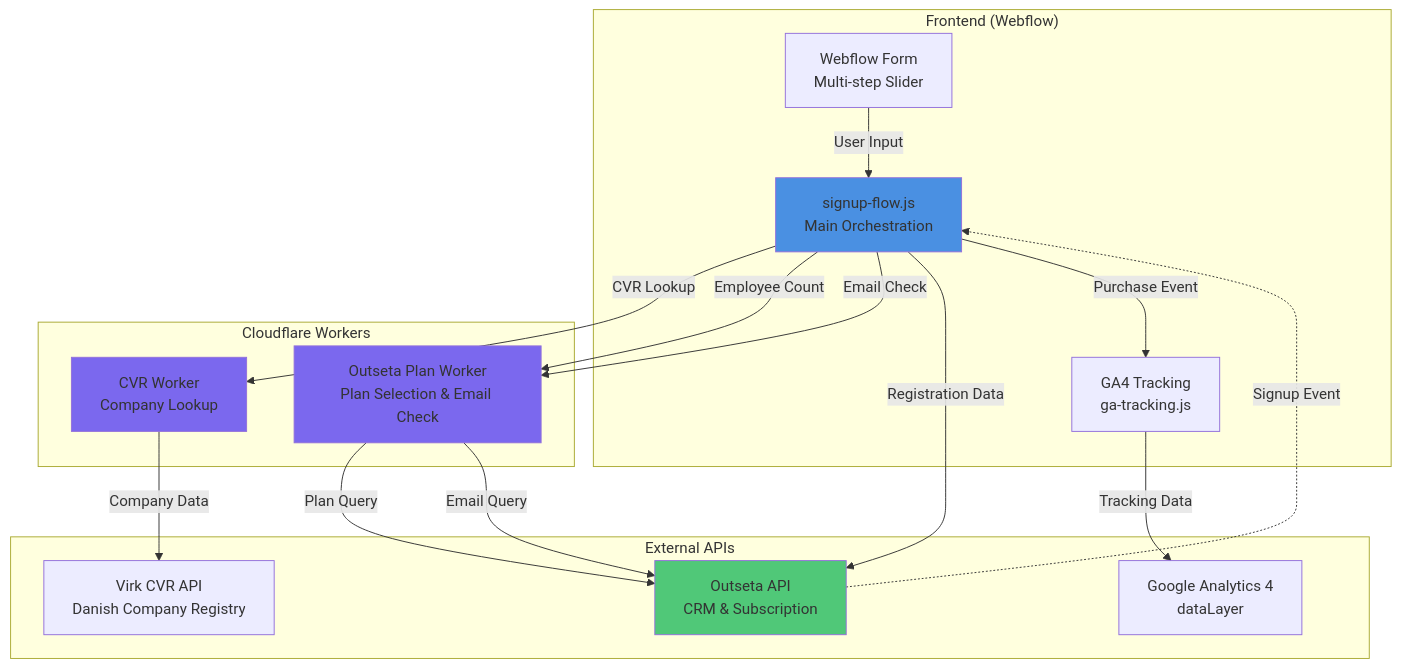
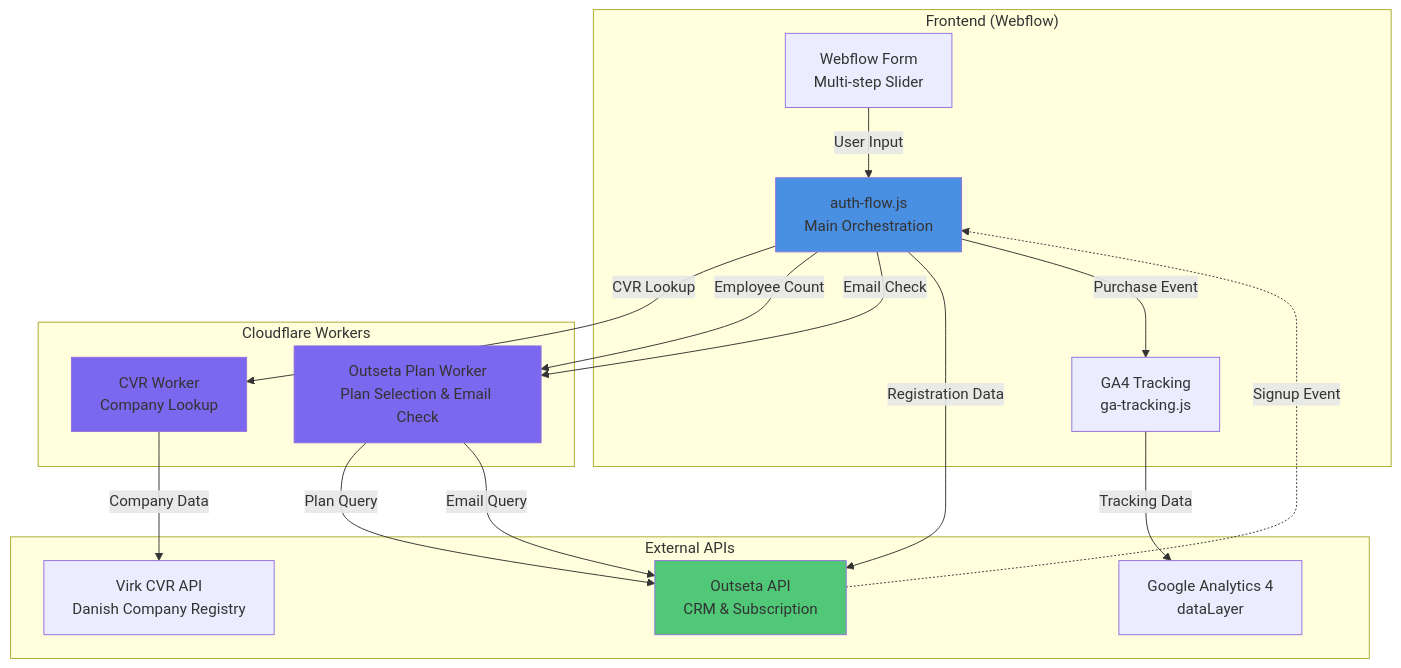
Before and after one commit to Anvisninger/signup-flow: the first of 3 diagrams in README.md, drawn with Mermaid. The commit also changed 10 other files, not shown here.

Commit message:
refactor: rename to auth-flow and isolate login package

````diff
--- a/README.md
+++ b/README.md
@@ -5,38 +5,38 @@
 ```mermaid
 graph TB
     subgraph "Frontend (Webflow)"
         WF[Webflow Form<br/>Multi-step Slider]
-        JS[signup-flow.js<br/>Main Orchestration]
+        JS[auth-flow.js<br/>Main Orchestration]
         GA[GA4 Tracking<br/>ga-tracking.js]
     end
     
     subgraph "Cloudflare Workers"
         CVR[CVR Worker<br/>Company Lookup]
         PLAN[Outseta Plan Worker<br/>Plan Selection & Email Check]
     end
     
     subgraph "External APIs"
         CVRAPI[Virk CVR API<br/>Danish Company Registry]
         OUTSETA[Outseta API<br/>CRM & Subscription]
         GA4[Google Analytics 4<br/>dataLayer]
     end
     
     WF -->|User Input| JS
     JS -->|CVR Lookup| CVR
     JS -->|Employee Count| PLAN
     JS -->|Email Check| PLAN
     JS -->|Registration Data| OUTSETA
     JS -->|Purchase Event| GA
     
     CVR -->|Company Data| CVRAPI
     PLAN -->|Plan Query| OUTSETA
     PLAN -->|Email Query| OUTSETA
     GA -->|Tracking Data| GA4
     
     OUTSETA -.->|Signup Event| JS
     
     style JS fill:#4A90E2
     style CVR fill:#7B68EE
     style PLAN fill:#7B68EE
     style OUTSETA fill:#50C878
 ```
````
